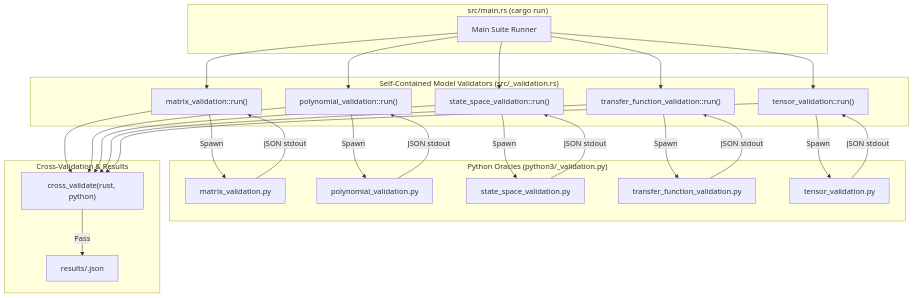
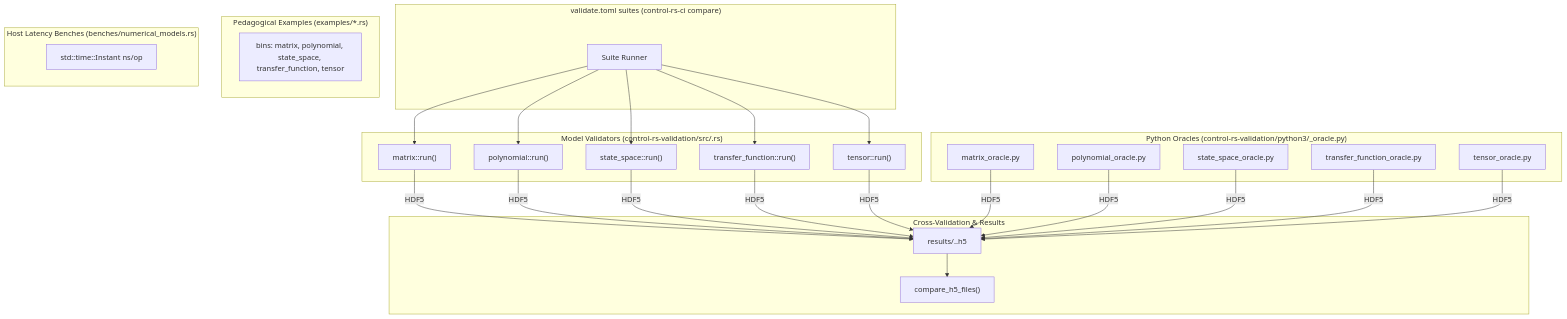
One commit to Dyse-Industries/control-rs changed the diagram in documentation/numerical-models/numerical-models-design.md. Above: the diagram before and after it, drawn with Mermaid. The commit also changed other lines of this file and 48 other files, not shown here.

````diff
--- a/documentation/numerical-models/numerical-models-design.md
+++ b/documentation/numerical-models/numerical-models-design.md
@@ -94,49 +114,52 @@
 ```mermaid
 graph TD
-    subgraph Orchestration ["src/main.rs (cargo run)"]
-        Main["Main Suite Runner"]
+    subgraph Orchestration ["validate.toml suites (control-rs-ci compare)"]
+        Main["Suite Runner"]
     end
 
-    subgraph Validators ["Self-Contained Model Validators (src/<model>_validation.rs)"]
-        MatVal["matrix_validation::run()"]
-        PolyVal["polynomial_validation::run()"]
-        SSVal["state_space_validation::run()"]
-        TFVal["transfer_function_validation::run()"]
-        TensorVal["tensor_validation::run()"]
+    subgraph Validators ["Model Validators (control-rs-validation/src/<model>.rs)"]
+        MatVal["matrix::run()"]
+        PolyVal["polynomial::run()"]
+        SSVal["state_space::run()"]
+        TFVal["transfer_function::run()"]
+        TensorVal["tensor::run()"]
     end
 
-    subgraph Oracles ["Python Oracles (python3/<model>_validation.py)"]
-        PyMat["matrix_validation.py"]
-        PyPoly["polynomial_validation.py"]
-        PySS["state_space_validation.py"]
-        PyTF["transfer_function_validation.py"]
-        PyTensor["tensor_validation.py"]
+    subgraph Oracles ["Python Oracles (control-rs-validation/python3/<model>_oracle.py)"]
+        PyMat["matrix_oracle.py"]
+        PyPoly["polynomial_oracle.py"]
+        PySS["state_space_oracle.py"]
+        PyTF["transfer_function_oracle.py"]
+        PyTensor["tensor_oracle.py"]
     end
 
     subgraph Verification ["Cross-Validation & Results"]
-        CrossCheck["cross_validate(rust, python)"]
-        ResJson["results/<model>.json"]
+        CrossCheck["compare_h5_files()"]
+        ResH5["results/<model>.<variant>.h5"]
+    end
+
+    subgraph Pedagogical ["Pedagogical Examples (examples/*.rs)"]
+        ExBins["bins: matrix, polynomial, state_space, transfer_function, tensor"]
+    end
+
+    subgraph Benches ["Host Latency Benches (benches/numerical_models.rs)"]
+        BenchRun["std::time::Instant ns/op"]
     end
 
     Main --> MatVal
     Main --> PolyVal
     Main --> SSVal
     Main --> TFVal
     Main --> TensorVal
-    MatVal -->|Spawn| PyMat
-    PolyVal -->|Spawn| PyPoly
-    SSVal -->|Spawn| PySS
-    TFVal -->|Spawn| PyTF
-    TensorVal -->|Spawn| PyTensor
-    PyMat -->|JSON stdout| MatVal
-    PyPoly -->|JSON stdout| PolyVal
-    PySS -->|JSON stdout| SSVal
-    PyTF -->|JSON stdout| TFVal
-    PyTensor -->|JSON stdout| TensorVal
-    MatVal --> CrossCheck
-    PolyVal --> CrossCheck
-    SSVal --> CrossCheck
-    TFVal --> CrossCheck
-    TensorVal --> CrossCheck
-    CrossCheck -->|Pass| ResJson
+    MatVal -->|HDF5| ResH5
+    PolyVal -->|HDF5| ResH5
+    SSVal -->|HDF5| ResH5
+    TFVal -->|HDF5| ResH5
+    TensorVal -->|HDF5| ResH5
+    PyMat -->|HDF5| ResH5
+    PyPoly -->|HDF5| ResH5
+    PySS -->|HDF5| ResH5
+    PyTF -->|HDF5| ResH5
+    PyTensor -->|HDF5| ResH5
+    ResH5 --> CrossCheck
 ```
````
